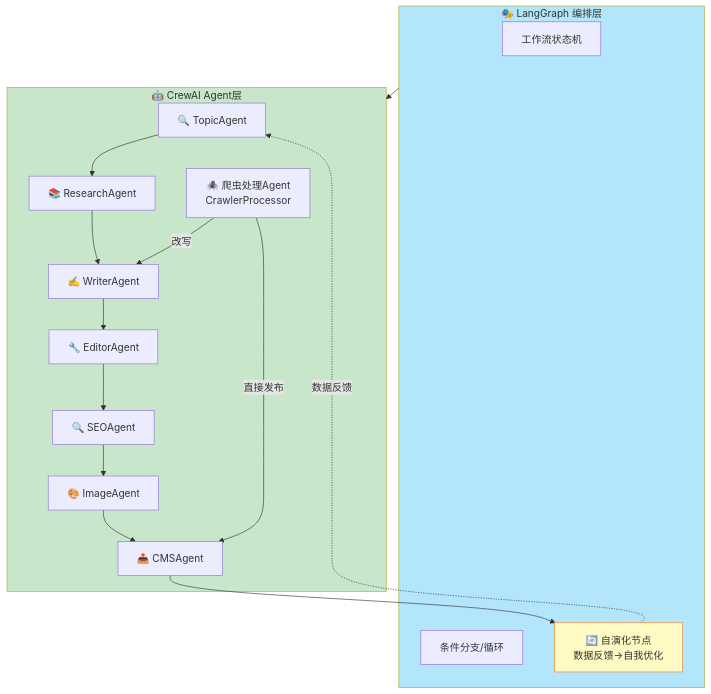
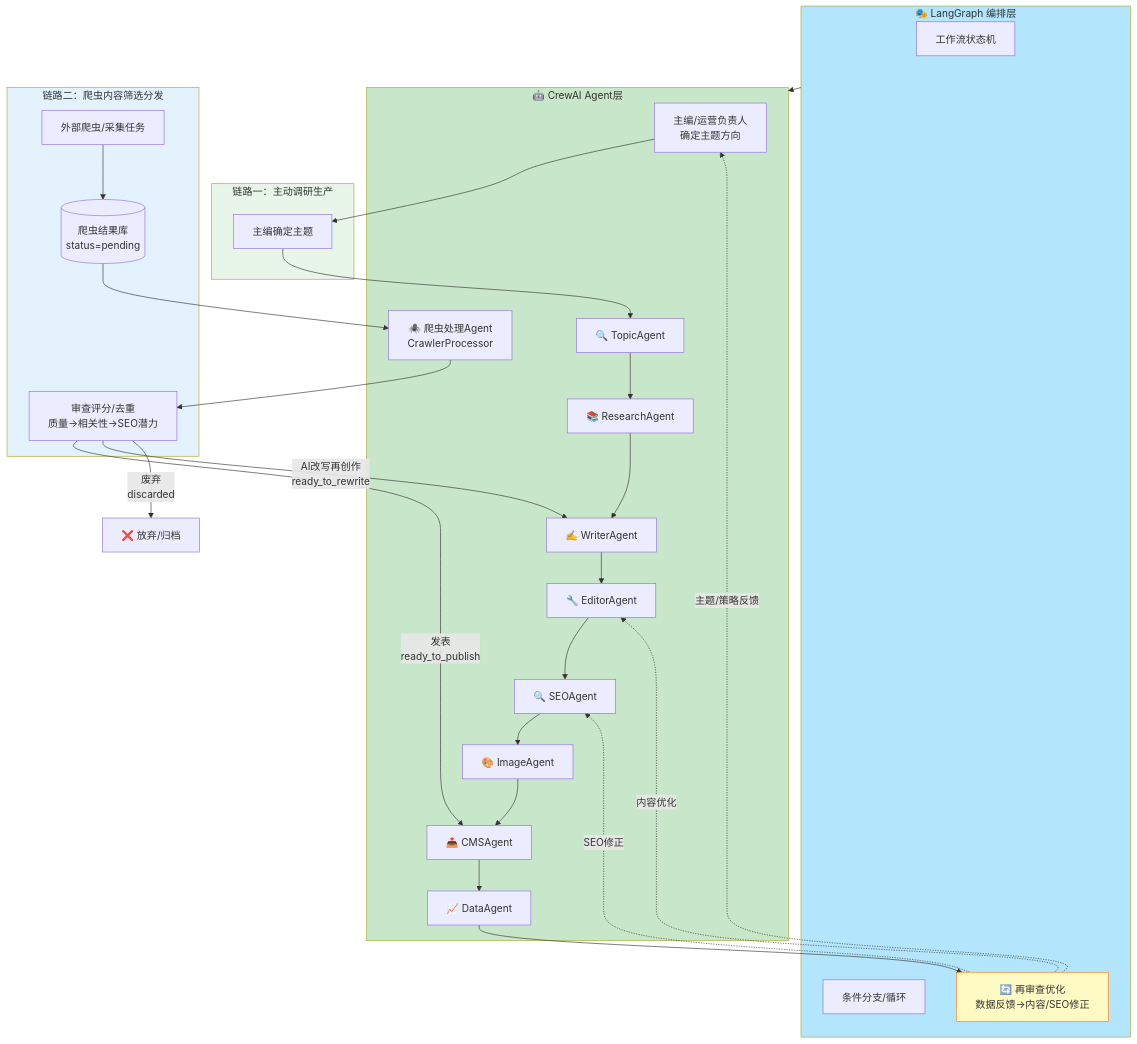
Before and after one commit to flyingsnowzz/Multi-Agent-Automatic-Operation-Website: the second of 4 diagrams in 00-方案概述.md, drawn with Mermaid. The commit also changed other lines of this file and 15 other files, not shown here.

````diff
--- a/00-方案概述.md
+++ b/00-方案概述.md
@@ -49,30 +49,51 @@
 ```mermaid
 flowchart TD
     subgraph LANGGRAPH["🎭 LangGraph 编排层"]
         WG["工作流状态机"]
         BRANCH["条件分支/循环"]
-        EVOLVE["🔄 自演化节点\n数据反馈→自我优化"]
+        EVOLVE["🔄 再审查优化\n数据反馈→内容/SEO修正"]
     end
 
     subgraph CREWAI["🤖 CrewAI Agent层"]
+        CHIEF["主编/运营负责人\n确定主题方向"]
         TOPIC["🔍 TopicAgent"]
         RESEARCH["📚 ResearchAgent"]
         WRITER["✍️ WriterAgent"]
         EDITOR["🔧 EditorAgent"]
         SEO["🔍 SEOAgent"]
         IMAGE["🎨 ImageAgent"]
         CMS["📤 CMSAgent"]
+        DATA["📈 DataAgent"]
         CRAWLER["🕷️ 爬虫处理Agent\nCrawlerProcessor"]
     end
 
+    subgraph ACTIVE_FLOW["链路一：主动调研生产"]
+        ACTIVE_START["主编确定主题"] --> TOPIC
+        TOPIC --> RESEARCH --> WRITER --> EDITOR --> SEO --> IMAGE --> CMS
+    end
+
+    subgraph CRAWLER_FLOW["链路二：爬虫内容筛选分发"]
+        SPIDER["外部爬虫/采集任务"]
+        CRAWLER_DB[("爬虫结果库\nstatus=pending")]
+        REVIEW["审查评分/去重\n质量→相关性→SEO潜力"]
+    end
+
     LANGGRAPH --> CREWAI
-    TOPIC --> RESEARCH --> WRITER --> EDITOR --> SEO --> IMAGE --> CMS
-    CMS --> EVOLVE
-    EVOLVE -. "数据反馈" .-> TOPIC
-    CRAWLER -->|"直接发布"| CMS
-    CRAWLER -->|"改写"| WRITER
+    CHIEF --> ACTIVE_START
+    CMS --> DATA --> EVOLVE
+    EVOLVE -. "主题/策略反馈" .-> CHIEF
+    EVOLVE -. "内容优化" .-> EDITOR
+    EVOLVE -. "SEO修正" .-> SEO
+    SPIDER --> CRAWLER_DB
+    CRAWLER_DB --> CRAWLER
+    CRAWLER --> REVIEW
+    REVIEW -->|"发表\nready_to_publish"| CMS
+    REVIEW -->|"AI改写再创作\nready_to_rewrite"| WRITER
+    REVIEW -->|"废弃\ndiscarded"| DISCARD["❌ 放弃/归档"]
 
     style LANGGRAPH fill:#b3e5fc
+    style ACTIVE_FLOW fill:#e8f5e9
+    style CRAWLER_FLOW fill:#e3f2fd
     style CREWAI fill:#c8e6c9
     style EVOLVE fill:#fff9c4,stroke:#f57f17
 ```
````
